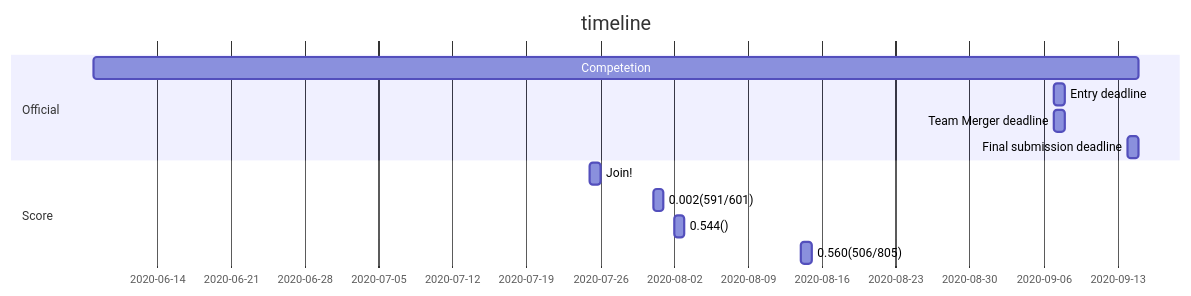
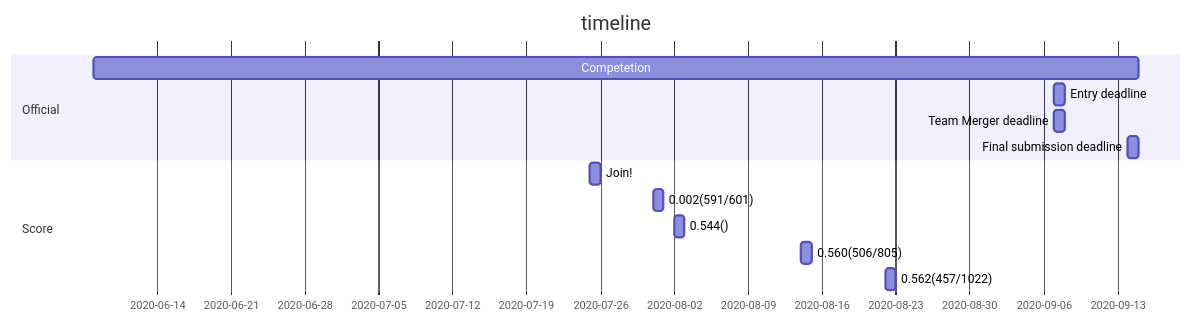
The diagram in README.md (fkubota/kaggle-Cornell-Birdcall-Identification), drawn with Mermaid before and after one commit. The commit also changed other lines of this file and 6 other files, not shown here.

````diff
--- a/README.md
+++ b/README.md
@@ -31,16 +31,17 @@
 ```mermaid
 gantt
   title timeline
   dateFormat YYYY-MM-DD
   section Official
   Competetion: a1, 2020-06-08, 2020-09-15
   Entry deadline: a3, 2020-09-07, 2020-09-08
   Team Merger deadline: a4, 2020-09-07, 2020-09-08
   Final submission deadline: a2, 2020-09-14, 2020-09-15
 
   section Score
   Join!:2020-07-25, 2020-07-26
   0.002(591/601): 2020-07-31, 2020-08-01
   0.544(): 2020-08-02, 2020-08-03
   0.560(506/805): 2020-08-14, 2020-08-15
+  0.562(457/1022): 2020-08-22, 2020-08-23
 ```
````
